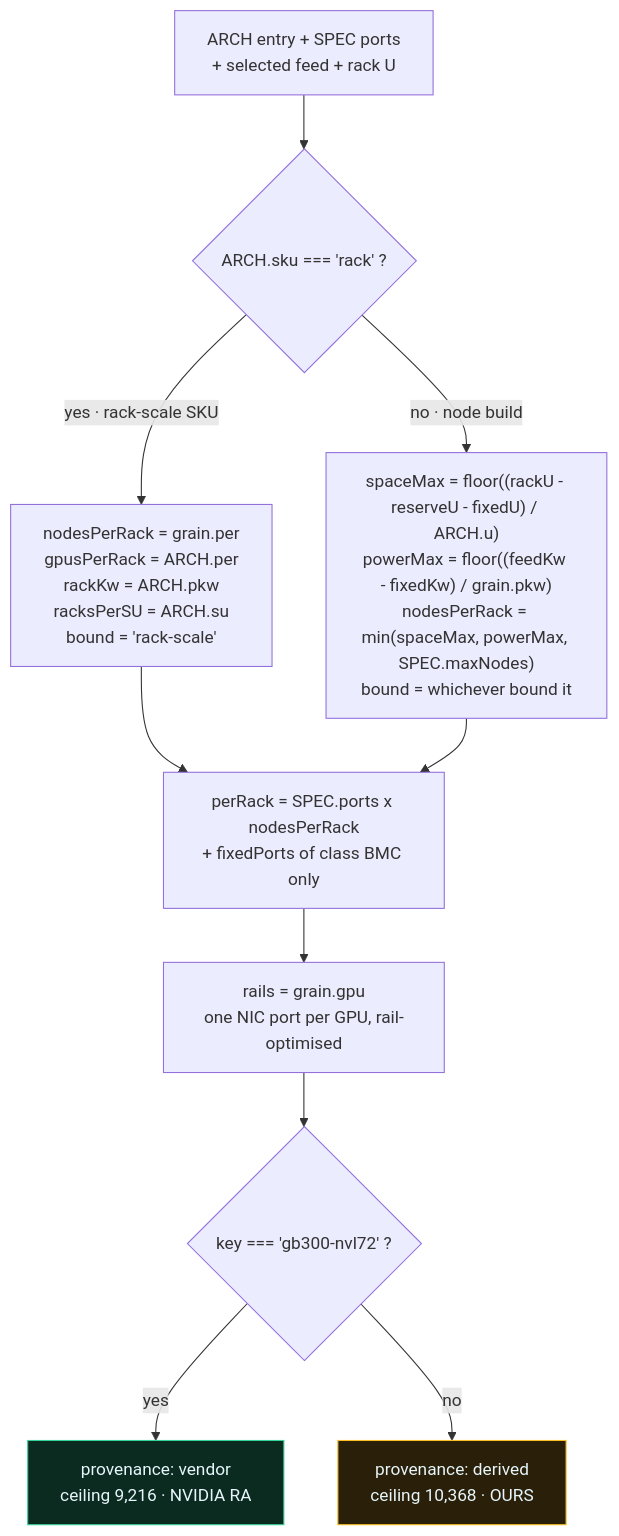
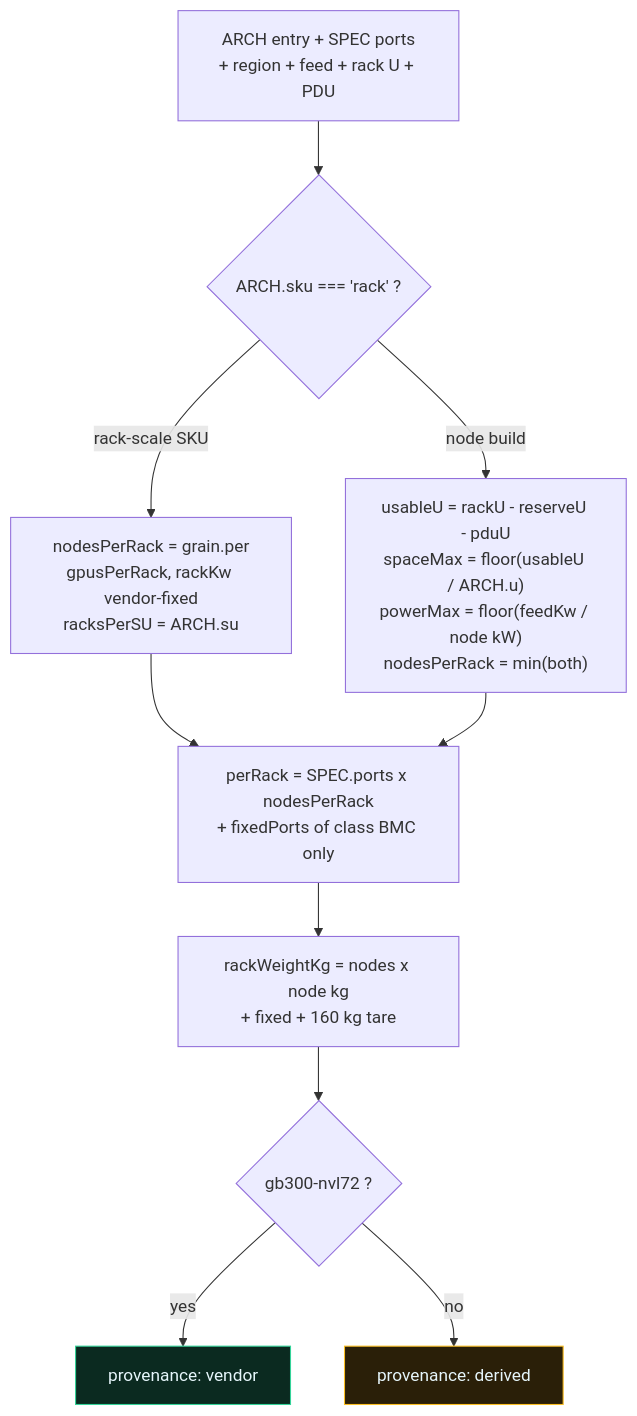
One commit to pduggusa/dugganusa-penguinsizer changed the second of 2 diagrams in docs/MODEL-AND-FLOW.md. Above: the diagram before and after it, drawn with Mermaid. The commit also changed other lines of this file and 1 other file, not shown here.

````diff
--- a/docs/MODEL-AND-FLOW.md
+++ b/docs/MODEL-AND-FLOW.md
@@ -62,17 +57,15 @@
 ```mermaid
 flowchart TB
-  IN["ARCH entry + SPEC ports<br/>+ selected feed + rack U"] --> K{"ARCH.sku === 'rack' ?"}
-
-  K -->|yes · rack-scale SKU| RS["nodesPerRack = grain.per<br/>gpusPerRack = ARCH.per<br/>rackKw = ARCH.pkw<br/>racksPerSU = ARCH.su<br/>bound = 'rack-scale'"]
-  K -->|no · node build| ND["spaceMax = floor((rackU - reserveU - fixedU) / ARCH.u)<br/>powerMax = floor((feedKw - fixedKw) / grain.pkw)<br/>nodesPerRack = min(spaceMax, powerMax, SPEC.maxNodes)<br/>bound = whichever bound it"]
-
+  IN["ARCH entry + SPEC ports<br/>+ region + feed + rack U + PDU"] --> K{"ARCH.sku === 'rack' ?"}
+  K -->|rack-scale SKU| RS["nodesPerRack = grain.per<br/>gpusPerRack, rackKw vendor-fixed<br/>racksPerSU = ARCH.su"]
+  K -->|node build| ND["usableU = rackU - reserveU - pduU<br/>spaceMax = floor(usableU / ARCH.u)<br/>powerMax = floor(feedKw / node kW)<br/>nodesPerRack = min(both)"]
   RS --> P["perRack = SPEC.ports x nodesPerRack<br/>+ fixedPorts of class BMC only"]
   ND --> P
-  P --> R["rails = grain.gpu<br/>one NIC port per GPU, rail-optimised"]
-  R --> PR{"key === 'gb300-nvl72' ?"}
-  PR -->|yes| V["provenance: vendor<br/>ceiling 9,216 · NVIDIA RA"]
-  PR -->|no| D["provenance: derived<br/>ceiling 10,368 · OURS"]
+  P --> W["rackWeightKg = nodes x node kg<br/>+ fixed + 160 kg tare"]
+  W --> PR{"gb300-nvl72 ?"}
+  PR -->|yes| V["provenance: vendor"]
+  PR -->|no| D["provenance: derived"]
 
   style V fill:#0b2a20,stroke:#34d399,color:#e6f6fb
   style D fill:#2a1f08,stroke:#fbbf24,color:#e6f6fb
 ```
````
